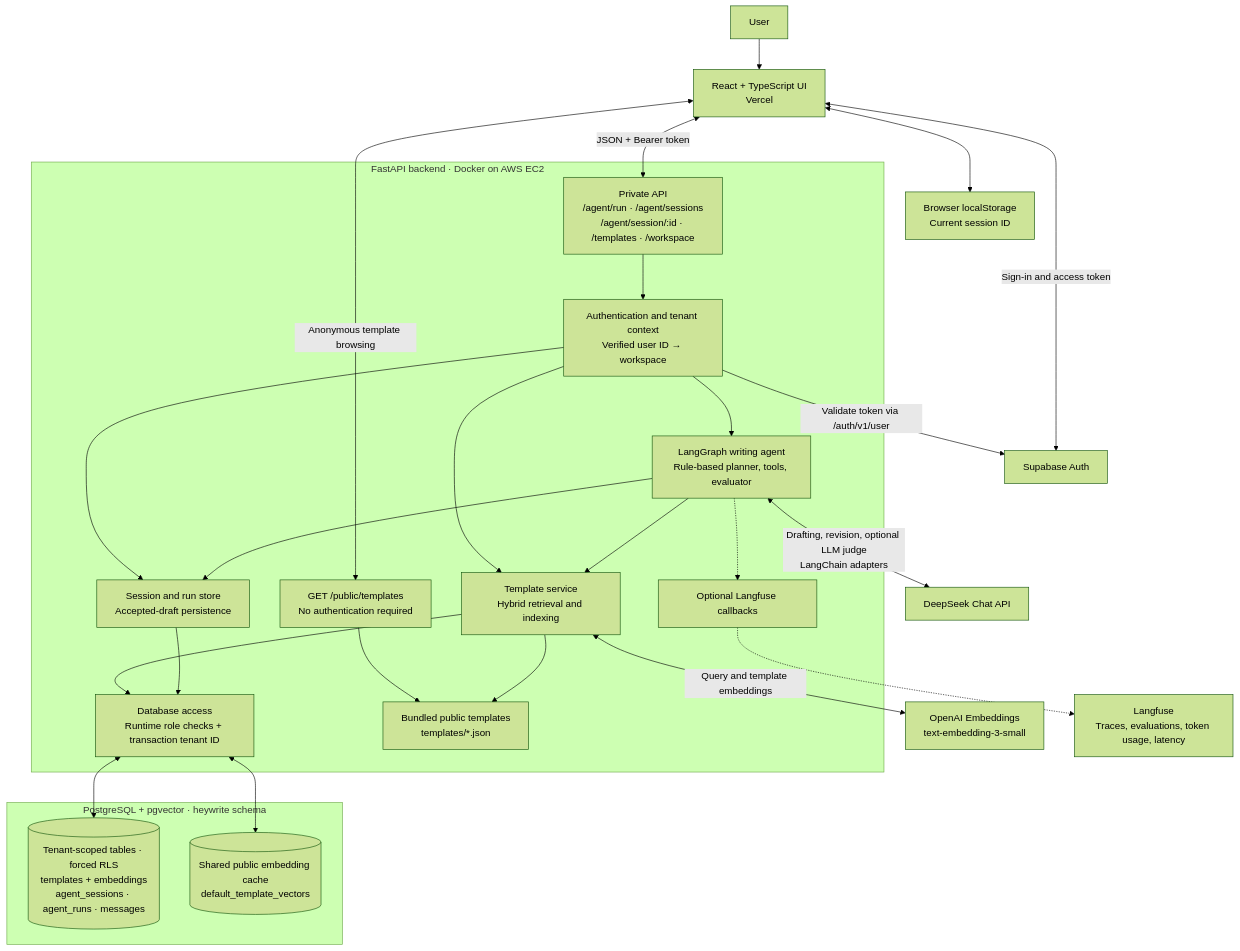
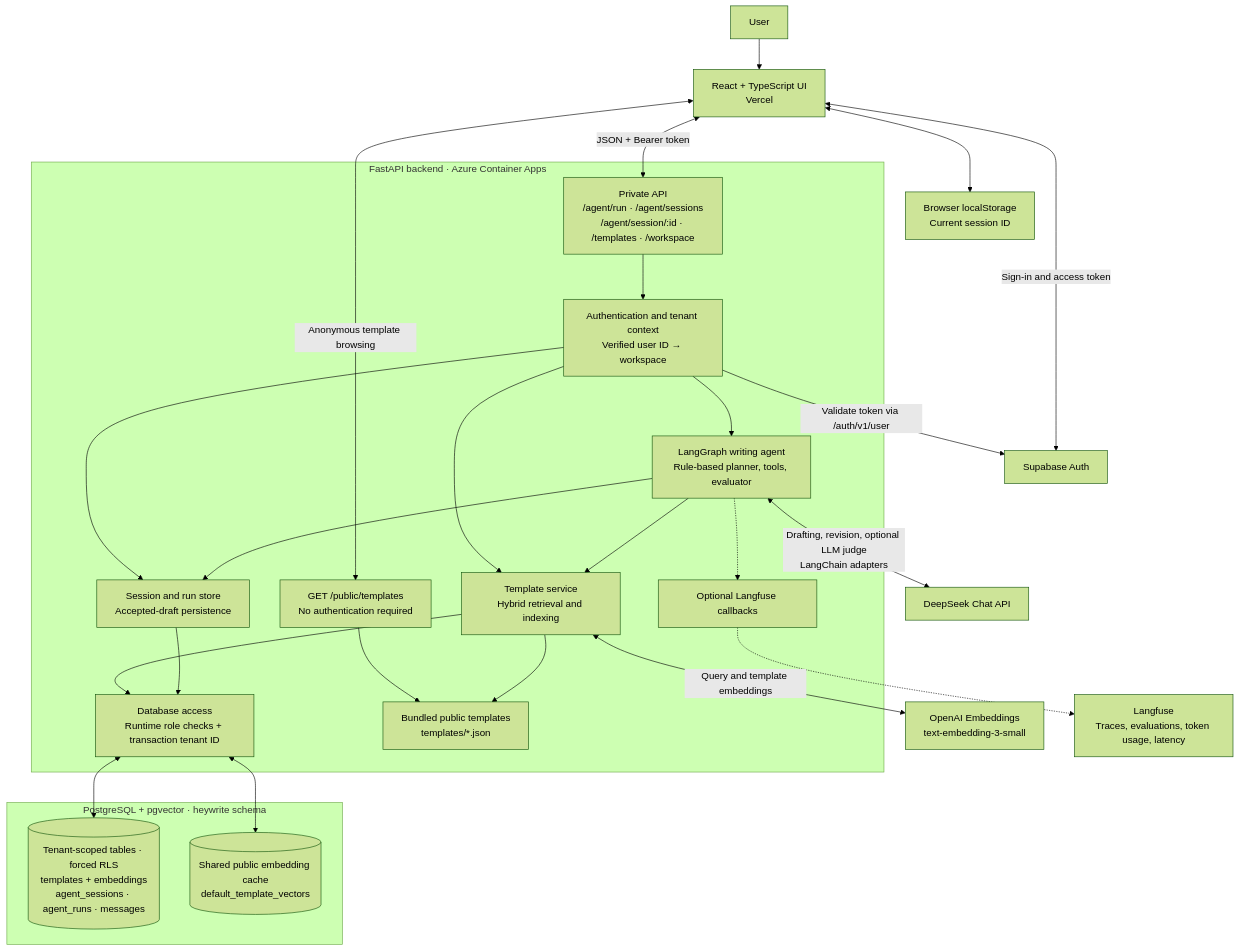
Before and after one commit to bowl1/Hey_write: the first of 2 diagrams in Readme.md, drawn with Mermaid (forest theme). The commit also changed other lines of this file and 4 other files, not shown here.

````diff
--- a/Readme.md
+++ b/Readme.md
@@ -90,44 +94,44 @@
 ```mermaid
 flowchart TB
     User["User"] --> UI["React + TypeScript UI<br/>Vercel"]
     UI <-->|"Sign-in and access token"| Auth["Supabase Auth"]
     UI <--> Local["Browser localStorage<br/>Current session ID"]
 
-    subgraph Backend["FastAPI backend · Docker on AWS EC2"]
+    subgraph Backend["FastAPI backend · Azure Container Apps"]
         API["Private API<br/>/agent/run · /agent/sessions<br/>/agent/session/:id · /templates · /workspace"]
         Tenant["Authentication and tenant context<br/>Verified user ID → workspace"]
         Public["GET /public/templates<br/>No authentication required"]
         Graph["LangGraph writing agent<br/>Rule-based planner, tools, evaluator"]
         Templates["Template service<br/>Hybrid retrieval and indexing"]
         Store["Session and run store<br/>Accepted-draft persistence"]
         DBAccess["Database access<br/>Runtime role checks + transaction tenant ID"]
         Files["Bundled public templates<br/>templates/*.json"]
         Callbacks["Optional Langfuse callbacks"]
     end
 
     UI <-->|"JSON + Bearer token"| API
     UI <-->|"Anonymous template browsing"| Public
     API --> Tenant
     Tenant -->|"Validate token via /auth/v1/user"| Auth
     Tenant --> Graph
     Tenant --> Templates
     Tenant --> Store
     Graph --> Templates
     Graph --> Store
     Public --> Files
     Templates --> Files
     Templates --> DBAccess
     Store --> DBAccess
 
     subgraph Database["PostgreSQL + pgvector · heywrite schema"]
         PrivateDB[("Tenant-scoped tables · forced RLS<br/>templates + embeddings<br/>agent_sessions · agent_runs · messages")]
         Cache[("Shared public embedding cache<br/>default_template_vectors")]
     end
 
     DBAccess <--> PrivateDB
     DBAccess <--> Cache
     Templates <-->|"Query and template embeddings"| OpenAI["OpenAI Embeddings<br/>text-embedding-3-small"]
     Graph <-->|"Drafting, revision, optional LLM judge<br/>LangChain adapters"| DeepSeek["DeepSeek Chat API"]
     Graph -.-> Callbacks
     Callbacks -.-> Langfuse["Langfuse<br/>Traces, evaluations, token usage, latency"]
 ```
````
